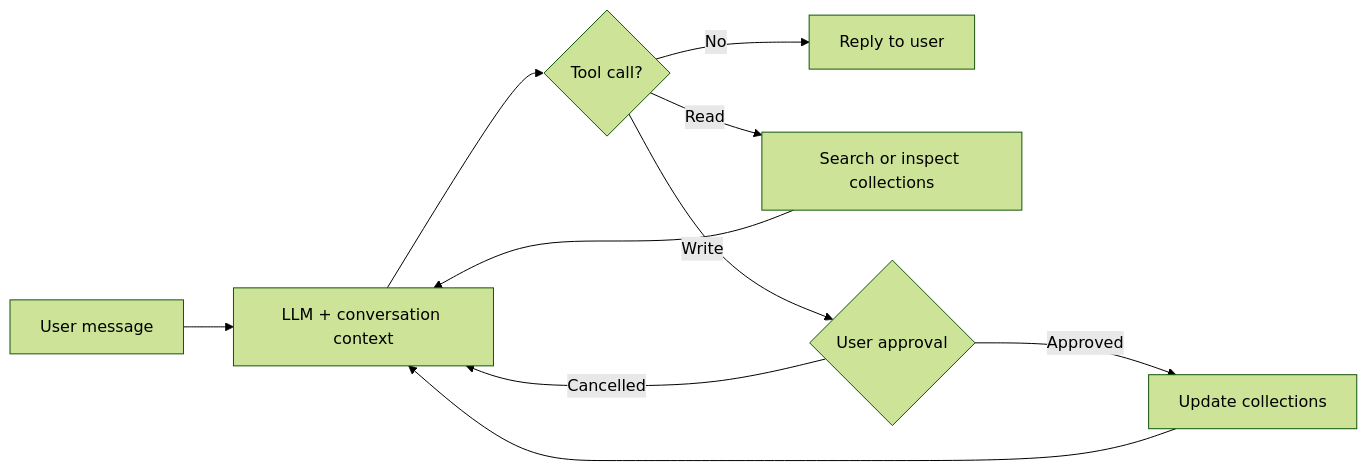
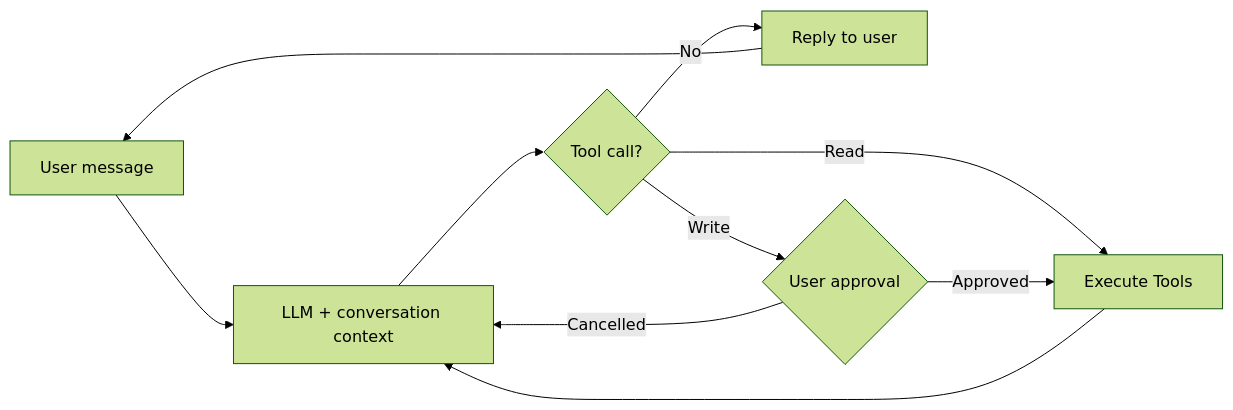
Before and after one commit to wyjxx/vision-index: the first of 3 diagrams in README.md, drawn with Mermaid (forest theme).

Commit message:
Update flowchart to reflect tool execution changes

````diff
--- a/README.md
+++ b/README.md
@@ -51,12 +51,12 @@
 ```mermaid
 flowchart LR
     A[User message] --> B[LLM + conversation context]
     B --> C{Tool call?}
     C -->|No| D[Reply to user]
-    C -->|Read| E[Search or inspect collections]
+    C -->|Read| E[Execute Tools]
     C -->|Write| F{User approval}
-    F -->|Approved| G[Update collections]
+    D --> A
+    F -->|Approved| E
     F -->|Cancelled| B
     E --> B
-    G --> B
 ```
````
